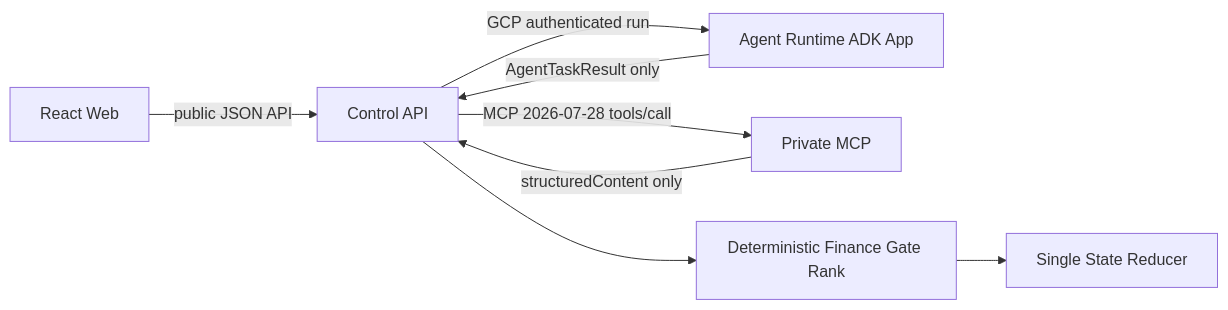
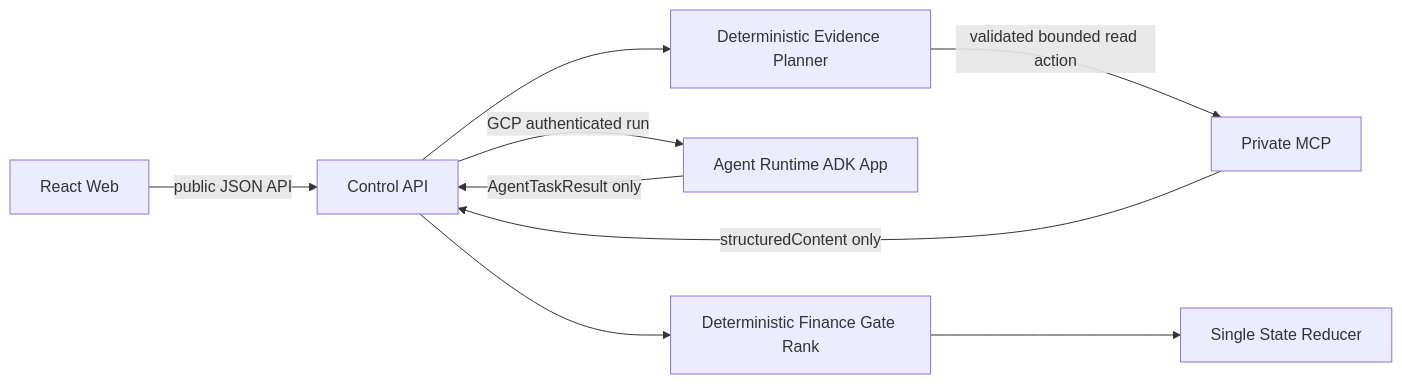
Before and after one commit to ai-bootcamp-team4/CaffeMate: the diagram in docs/contracts/agent-runtime-protocol.md, drawn with Mermaid. The commit also changed other lines of this file and 16 other files, not shown here.

Commit message:
feat: make evidence planning deterministic

````diff
--- a/docs/contracts/agent-runtime-protocol.md
+++ b/docs/contracts/agent-runtime-protocol.md
@@ -50,10 +50,12 @@
 ```mermaid
 flowchart LR
     web[React Web] -->|public JSON API| api[Control API]
+    api --> planner[Deterministic Evidence Planner]
+    planner -->|validated bounded read action| mcp
     api -->|GCP authenticated run| runtime[Agent Runtime ADK App]
-    api -->|MCP 2026-07-28 tools/call| mcp[Private MCP]
+    mcp[Private MCP]
     runtime -->|AgentTaskResult only| api
     mcp -->|structuredContent only| api
     api --> core[Deterministic Finance Gate Rank]
     core --> reducer[Single State Reducer]
 ```
````
